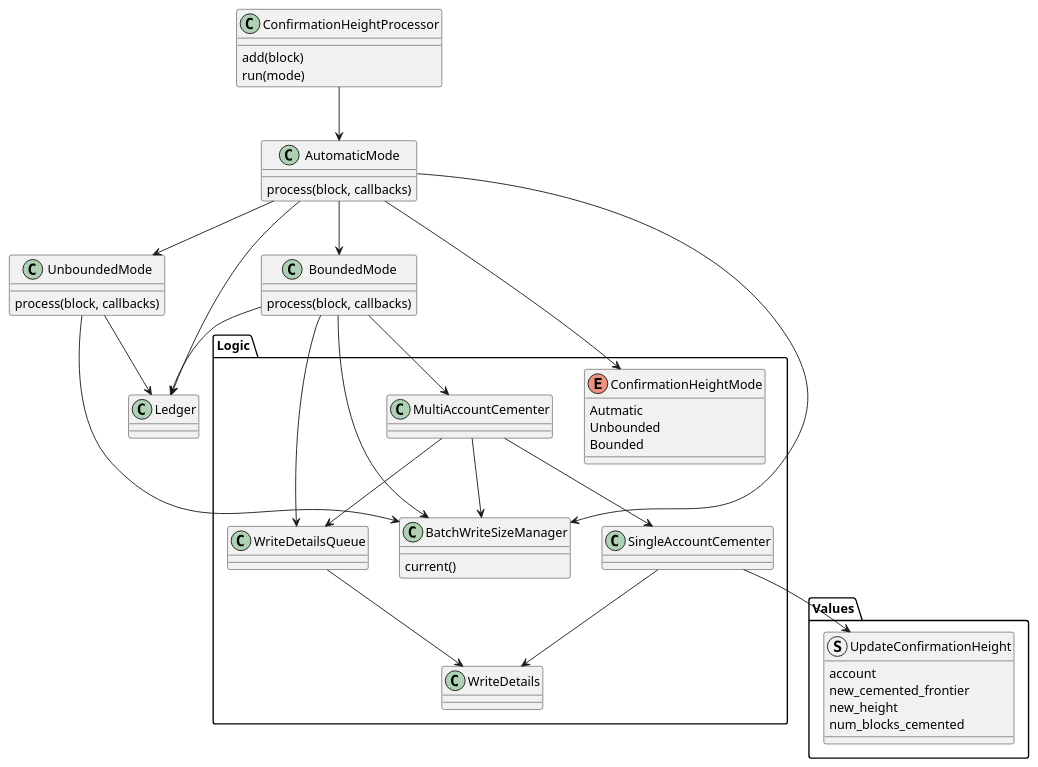
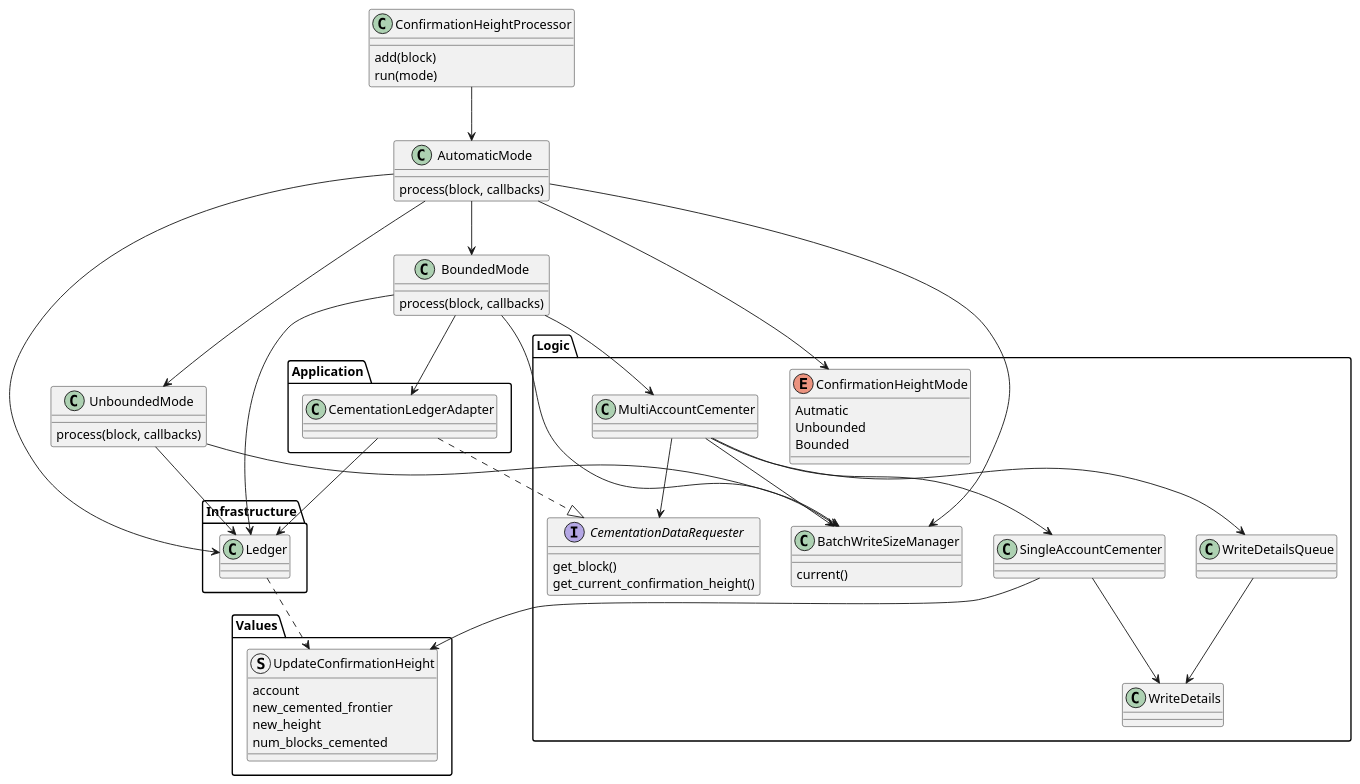
The diagram in rust/doc/cementing.puml (stjet/rsban-node), drawn with PlantUML before and after one commit. The commit also changed 7 other files, not shown here.

Commit message:
Refactor block cementation

```diff
--- a/rust/doc/cementing.puml
+++ b/rust/doc/cementing.puml
@@ -1,72 +1,89 @@
 @startuml "Confirmation Height"
 class UnboundedMode {
     process(block, callbacks)
 }
 
 class BoundedMode{
     process(block, callbacks)
 }
 
 class AutomaticMode{
     process(block, callbacks)
 }
 
 class ConfirmationHeightProcessor{
     add(block)
     run(mode)
 }
-class Ledger
+
+package "Infrastructure" {
+    class Ledger
+}
 
 package "Logic"{
     enum ConfirmationHeightMode{
         Autmatic
         Unbounded
         Bounded
     }
 
     class WriteDetails
     class WriteDetailsQueue
 
     class SingleAccountCementer
     class MultiAccountCementer
     class BatchWriteSizeManager {
         current()
     }
+
+    interface CementationDataRequester{
+        get_block()
+        get_current_confirmation_height()
+    }
 }
 
 package "Values"{
     struct UpdateConfirmationHeight{
         account
         new_cemented_frontier
         new_height
         num_blocks_cemented
     }
 }
 
+package "Application"{
+    class CementationLedgerAdapter
+}
+
+Ledger ..> UpdateConfirmationHeight
 
 UnboundedMode --> Ledger
 UnboundedMode --> BatchWriteSizeManager
 
 BoundedMode --> Ledger
-BoundedMode --> WriteDetailsQueue
 BoundedMode --> MultiAccountCementer
 BoundedMode --> BatchWriteSizeManager
+BoundedMode --> CementationLedgerAdapter
 
 MultiAccountCementer --> SingleAccountCementer
 MultiAccountCementer --> BatchWriteSizeManager
 MultiAccountCementer --> WriteDetailsQueue
+MultiAccountCementer --> CementationDataRequester
 
 SingleAccountCementer --> UpdateConfirmationHeight
 SingleAccountCementer --> WriteDetails
 
 WriteDetailsQueue --> WriteDetails
 
 AutomaticMode --> ConfirmationHeightMode
 AutomaticMode --> BoundedMode
 AutomaticMode --> UnboundedMode
 AutomaticMode --> Ledger
 AutomaticMode --> BatchWriteSizeManager
 
 ConfirmationHeightProcessor --> AutomaticMode
 
+CementationLedgerAdapter ..|> CementationDataRequester
+CementationLedgerAdapter --> Ledger
+
 @enduml
```
